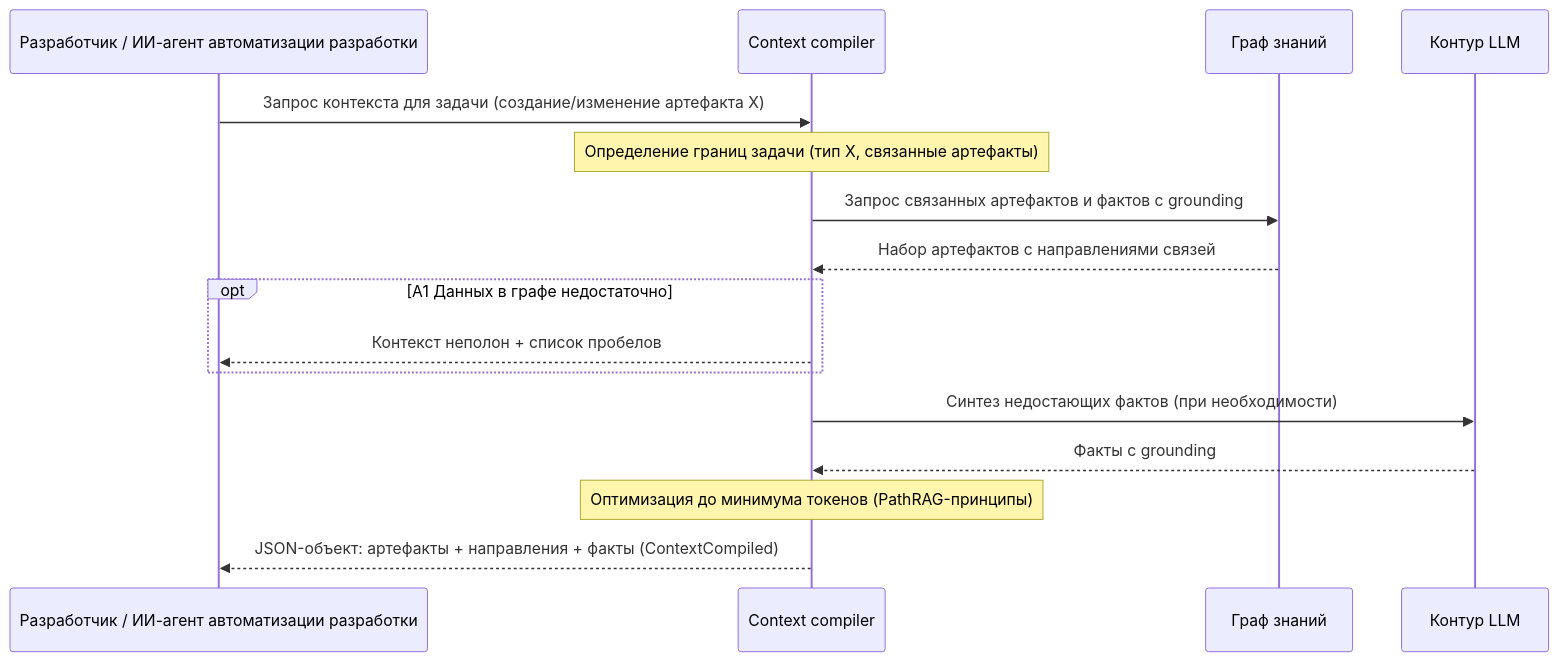
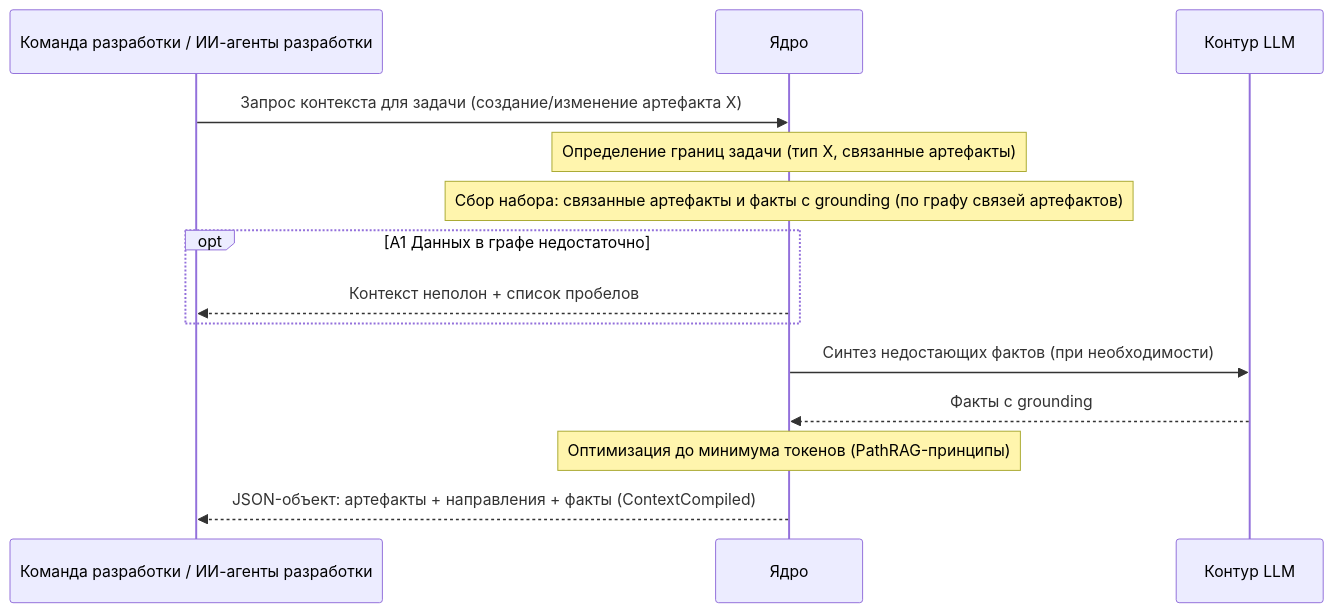
Before and after one commit to n-marusov/graphrag: the diagram in specs/use-cases/UC-context.build.generate.md, drawn with Mermaid. The commit also changed other lines of this file and 5 other files, not shown here.

First line of the commit message:
docs(use-cases): align diagram actors with container names

````diff
--- a/specs/use-cases/UC-context.build.generate.md
+++ b/specs/use-cases/UC-context.build.generate.md
@@ -15,28 +15,26 @@
 ```mermaid
 sequenceDiagram
-    participant User as Разработчик / ИИ-агент автоматизации разработки
-    participant CC as Context compiler
-    participant KG as Граф знаний
+    participant User as Команда разработки / ИИ-агенты разработки
+    participant Core as Ядро
     participant LLM as Контур LLM
 
-    User->>CC: Запрос контекста для задачи (создание/изменение артефакта X)
+    User->>Core: Запрос контекста для задачи (создание/изменение артефакта X)
 
     %% --- 1. Границы задачи ---
-    Note over CC: Определение границ задачи (тип X, связанные артефакты)
+    Note over Core: Определение границ задачи (тип X, связанные артефакты)
 
     %% --- 2. Сбор набора ---
-    CC->>KG: Запрос связанных артефактов и фактов с grounding
-    KG-->>CC: Набор артефактов с направлениями связей
+    Note over Core: Сбор набора: связанные артефакты и факты с grounding (по графу связей артефактов)
 
     opt A1 Данных в графе недостаточно
-        CC-->>User: Контекст неполон + список пробелов
+        Core-->>User: Контекст неполон + список пробелов
     end
 
     %% --- 3. Синтез фактов ---
-    CC->>LLM: Синтез недостающих фактов (при необходимости)
-    LLM-->>CC: Факты с grounding
+    Core->>LLM: Синтез недостающих фактов (при необходимости)
+    LLM-->>Core: Факты с grounding
 
     %% --- 4. Оптимизация и формирование ---
-    Note over CC: Оптимизация до минимума токенов (PathRAG-принципы)
-    CC-->>User: JSON-объект: артефакты + направления + факты (ContextCompiled)
+    Note over Core: Оптимизация до минимума токенов (PathRAG-принципы)
+    Core-->>User: JSON-объект: артефакты + направления + факты (ContextCompiled)
 ```
````
